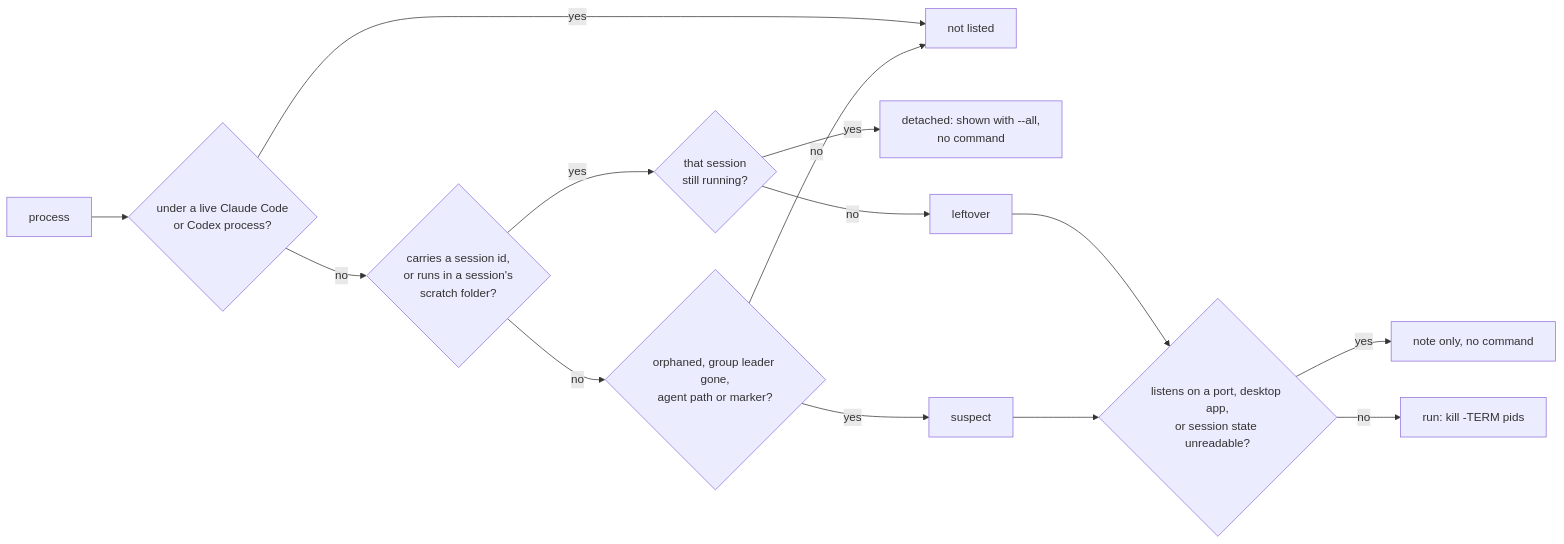
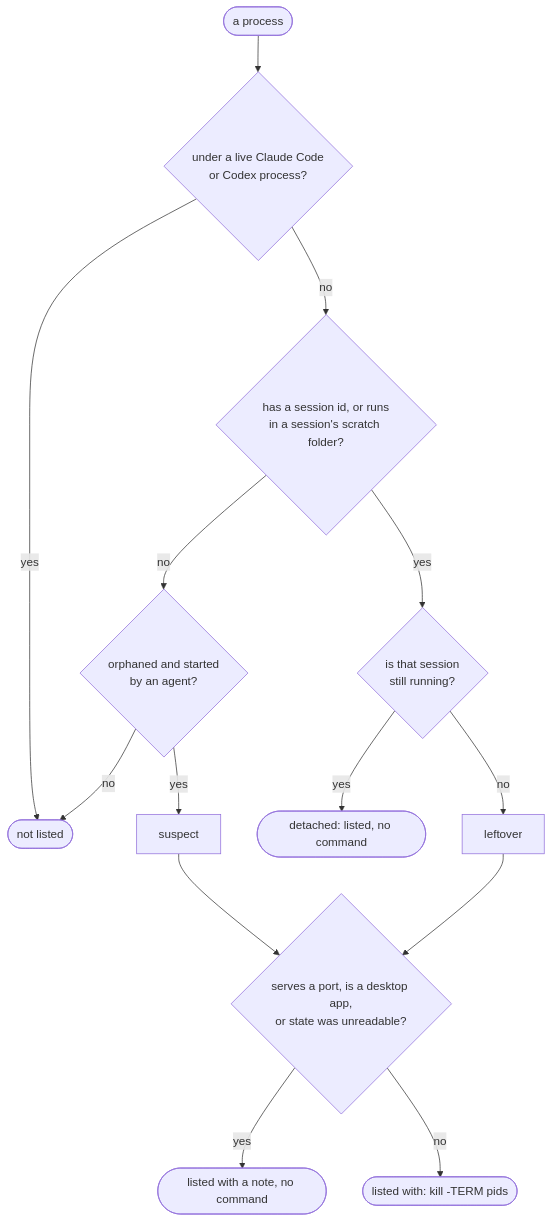
Before and after one commit to berkkorkmaz/tidewake: the diagram in README.md, drawn with Mermaid.

Commit message:
README: top-down decision flowchart so it stays readable

````diff
--- a/README.md
+++ b/README.md
@@ -74,16 +74,16 @@
 ```mermaid
-flowchart LR
-    P[process] --> A{under a live Claude Code<br/>or Codex process?}
-    A -- yes --> OK[not listed]
-    A -- no --> B{carries a session id,<br/>or runs in a session's<br/>scratch folder?}
-    B -- yes --> C{that session<br/>still running?}
-    C -- yes --> D[detached: shown with --all,<br/>no command]
+flowchart TD
+    P([a process]) --> A{under a live Claude Code<br/>or Codex process?}
+    A -- yes --> OK([not listed])
+    A -- no --> B{has a session id, or runs<br/>in a session's scratch folder?}
+    B -- no --> F{orphaned and started<br/>by an agent?}
+    F -- no --> OK
+    F -- yes --> G[suspect]
+    B -- yes --> C{is that session<br/>still running?}
+    C -- yes --> D([detached: listed, no command])
     C -- no --> E[leftover]
-    B -- no --> F{orphaned, group leader gone,<br/>agent path or marker?}
-    F -- yes --> G[suspect]
-    F -- no --> OK
-    E --> H{listens on a port, desktop app,<br/>or session state unreadable?}
+    E --> H{serves a port, is a desktop app,<br/>or state was unreadable?}
     G --> H
-    H -- yes --> N[note only, no command]
-    H -- no --> K[run: kill -TERM pids]
+    H -- yes --> N([listed with a note, no command])
+    H -- no --> K([listed with: kill -TERM pids])
 ```
````
